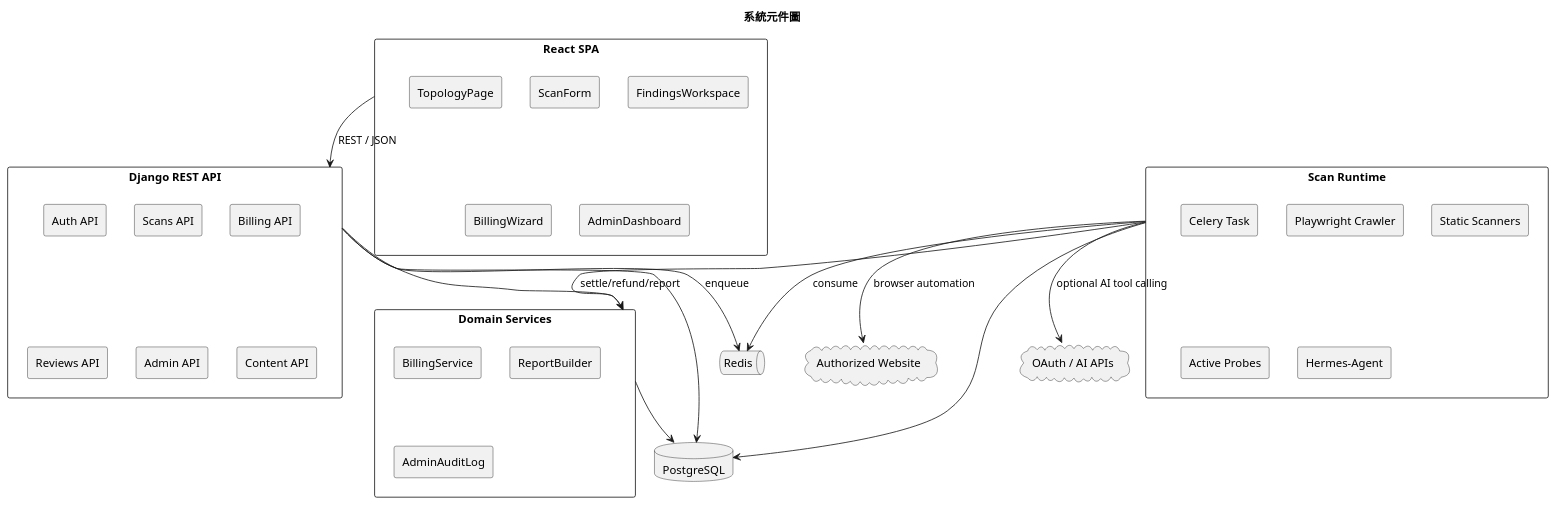
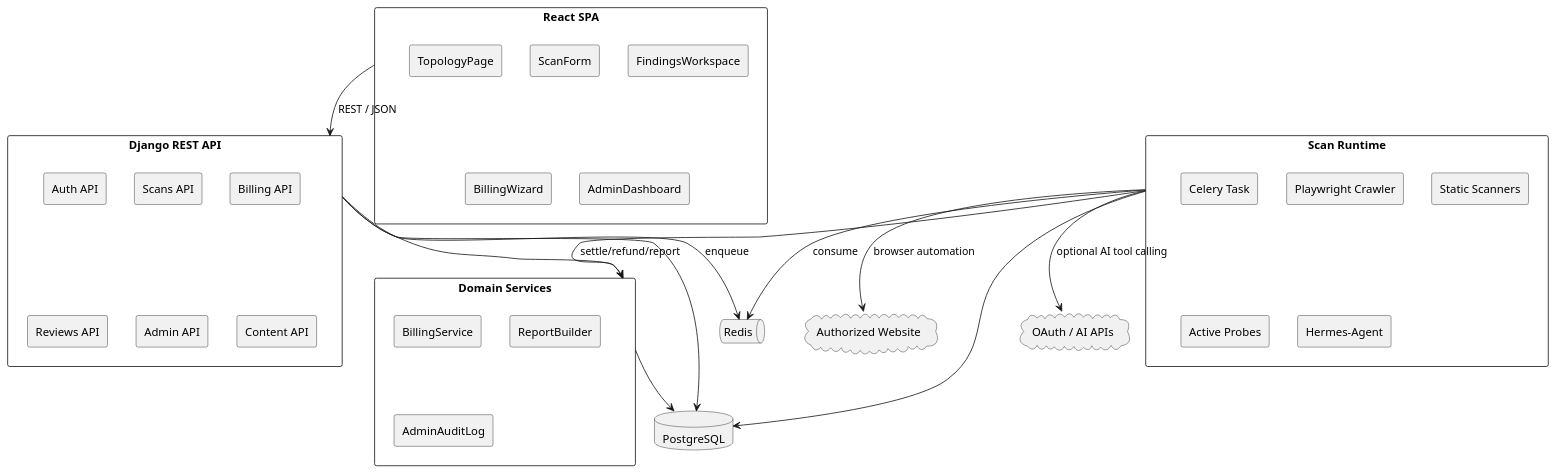
One commit to Djude1/Argus changed diagram 11 of 13 in PlantUML.md. Above: the diagram before and after it, drawn with PlantUML. The commit also changed other lines of this file, not shown here.

First line of the commit message:
fix: remove PlantUML title directives for compatibility

````diff
--- a/PlantUML.md
+++ b/PlantUML.md
@@ -744,55 +734,54 @@
 ```plantuml
 @startuml
-title 系統元件圖
 skinparam defaultFontName Microsoft JhengHei
 skinparam shadowing false
 skinparam componentStyle rectangle
 
 component "React SPA" as SPA {
   [ScanForm]
   [FindingsWorkspace]
   [TopologyPage]
   [BillingWizard]
   [AdminDashboard]
 }
 
 component "Django REST API" as API {
   [Auth API]
   [Scans API]
   [Billing API]
   [Reviews API]
   [Admin API]
   [Content API]
 }
 
 component "Domain Services" as Services {
   [BillingService]
   [ReportBuilder]
   [AdminAuditLog]
 }
 
 component "Scan Runtime" as Runtime {
   [Celery Task]
   [Playwright Crawler]
   [Static Scanners]
   [Active Probes]
   [Hermes-Agent]
 }
 
 database "PostgreSQL" as DB
 queue "Redis" as Redis
 cloud "Authorized Website" as Target
 cloud "OAuth / AI APIs" as External
 
 SPA --> API : REST / JSON
 API --> Services
 API --> Redis : enqueue
 Runtime --> Redis : consume
 Runtime --> Target : browser automation
 Runtime --> Services : settle/refund/report
 Runtime --> External : optional AI tool calling
 API --> DB
 Services --> DB
 Runtime --> DB
 @enduml
 ```
````
